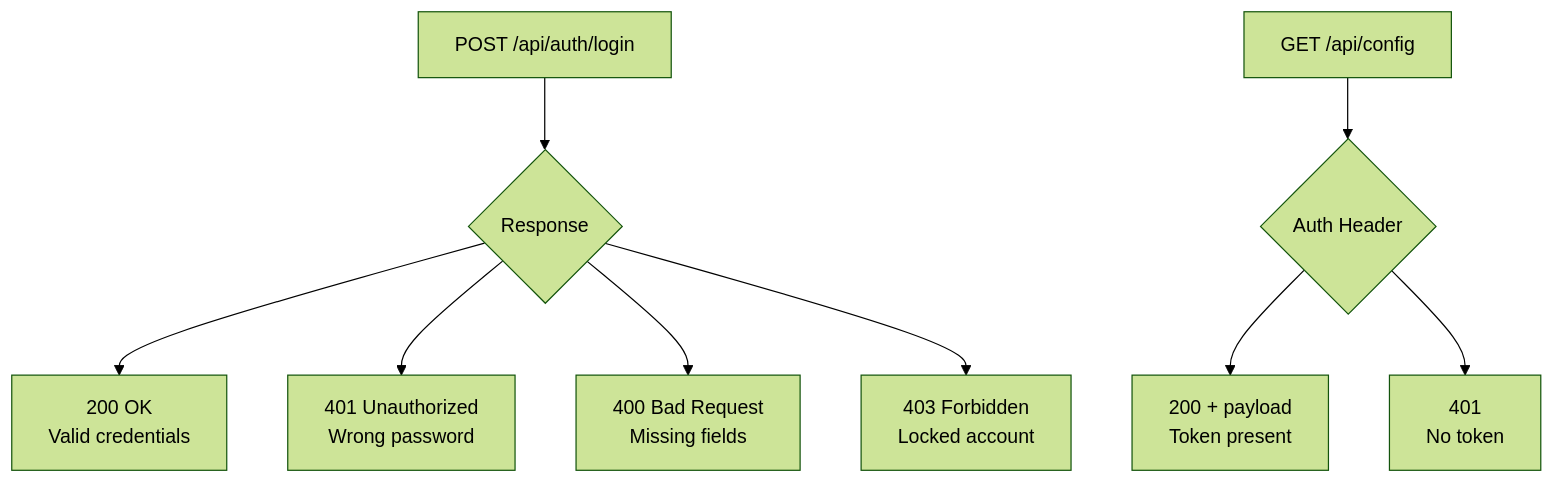
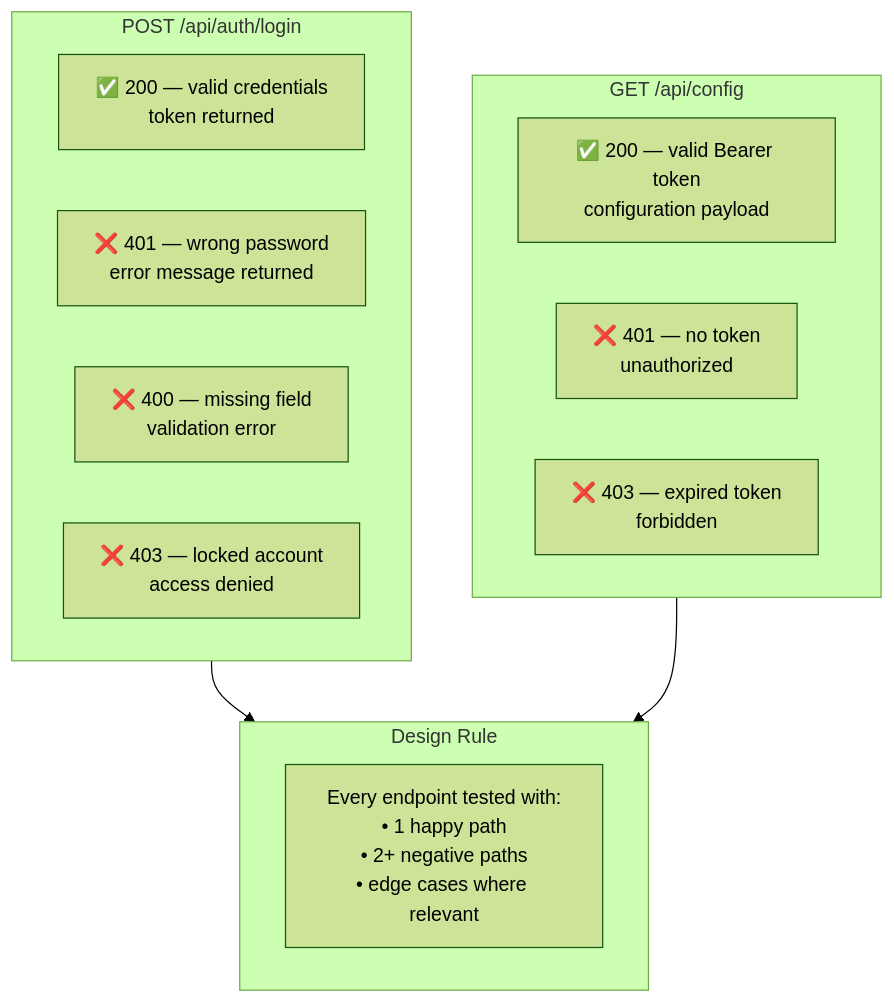
One commit to Rajshri12/Automation-Suite changed the third of 5 diagrams in README.md. Above: the diagram before and after it, drawn with Mermaid (forest theme). The commit also changed other lines of this file, not shown here.

Commit message:
docs: overhaul README with full architecture diagrams, POM flow, E2E sequence and CI pipeline

````diff
--- a/README.md
+++ b/README.md
@@ -73,12 +119,21 @@
 ```mermaid
 flowchart TD
-    A[POST /api/auth/login] --> B{Response}
-    B --> C[200 OK\nValid credentials]
-    B --> D[401 Unauthorized\nWrong password]
-    B --> E[400 Bad Request\nMissing fields]
-    B --> F[403 Forbidden\nLocked account]
+    subgraph Auth["POST /api/auth/login"]
+        A1["✅ 200 — valid credentials\ntoken returned"]
+        A2["❌ 401 — wrong password\nerror message returned"]
+        A3["❌ 400 — missing field\nvalidation error"]
+        A4["❌ 403 — locked account\naccess denied"]
+    end
 
-    G[GET /api/config] --> H{Auth Header}
-    H --> I[200 + payload\nToken present]
-    H --> J[401\nNo token]
+    subgraph Config["GET /api/config"]
+        C1["✅ 200 — valid Bearer token\nconfiguration payload"]
+        C2["❌ 401 — no token\nunauthorized"]
+        C3["❌ 403 — expired token\nforbidden"]
+    end
+
+    subgraph Design["Design Rule"]
+        D["Every endpoint tested with:\n• 1 happy path\n• 2+ negative paths\n• edge cases where relevant"]
+    end
+
+    Auth & Config --> Design
 ```
````
